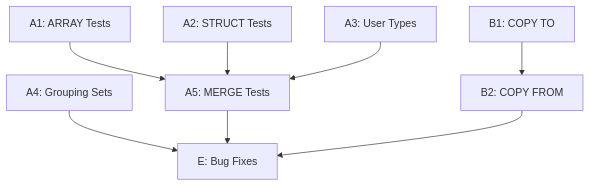
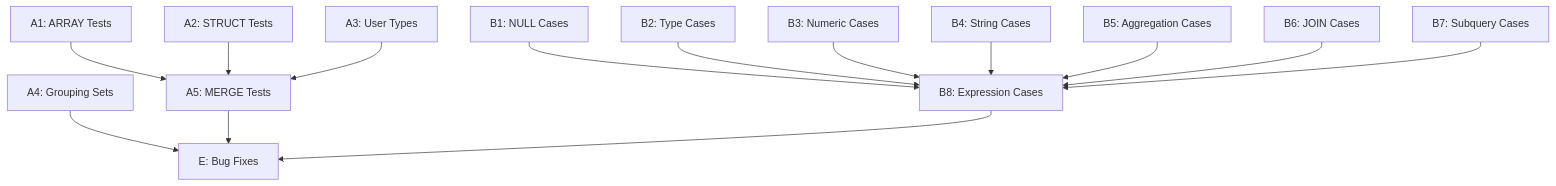
Before and after one commit to cyw0ng95/sqlvibe: the diagram in docs/plan-v0.9.9.md, drawn with Mermaid. The commit also changed other lines of this file, not shown here.

First line of the commit message:
docs: Update v0.9.9 plan - add comprehensive edge case testing, remove COPY

````diff
--- a/docs/plan-v0.9.9.md
+++ b/docs/plan-v0.9.9.md
@@ -106,11 +185,17 @@
 ```mermaid
 graph TD
     A1[A1: ARRAY Tests] --> A5[A5: MERGE Tests]
     A2[A2: STRUCT Tests] --> A5
     A3[A3: User Types] --> A5
     A4[A4: Grouping Sets] --> E[E: Bug Fixes]
     A5 --> E
     
-    B1[B1: COPY TO] --> B2[B2: COPY FROM]
-    B2 --> E
+    B1[B1: NULL Cases] --> B8[B8: Expression Cases]
+    B2[B2: Type Cases] --> B8
+    B3[B3: Numeric Cases] --> B8
+    B4[B4: String Cases] --> B8
+    B5[B5: Aggregation Cases] --> B8
+    B6[B6: JOIN Cases] --> B8
+    B7[B7: Subquery Cases] --> B8
+    B8 --> E
 ```
````
